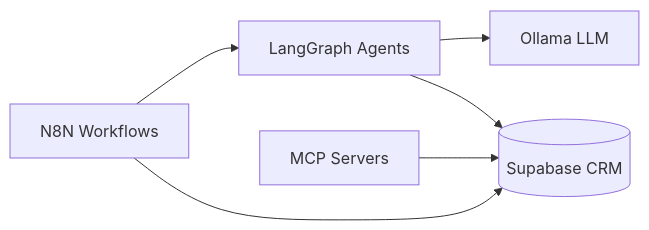
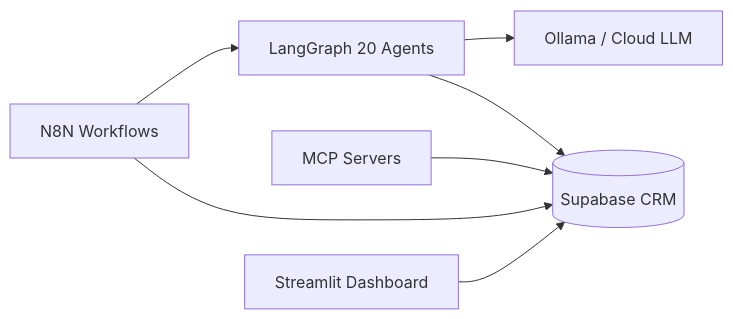
One commit to narendhrareddi-ship-it/Nivara-AREIS changed the diagram in README.md. Above: the diagram before and after it, drawn with Mermaid. The commit also changed other lines of this file and 21 other files, not shown here.

First line of the commit message:
Phase 5: cloud LLM fallback, production hardening, and doc refresh

````diff
--- a/README.md
+++ b/README.md
@@ -29,8 +29,9 @@
 ```mermaid
 flowchart LR
-    N8N[N8N Workflows] --> AG[LangGraph Agents]
-    AG --> OLL[Ollama LLM]
+    N8N[N8N Workflows] --> AG[LangGraph 20 Agents]
+    AG --> OLL[Ollama / Cloud LLM]
     AG --> SB[(Supabase CRM)]
     MCP[MCP Servers] --> SB
     N8N --> SB
+    DASH[Streamlit Dashboard] --> SB
 ```
````
